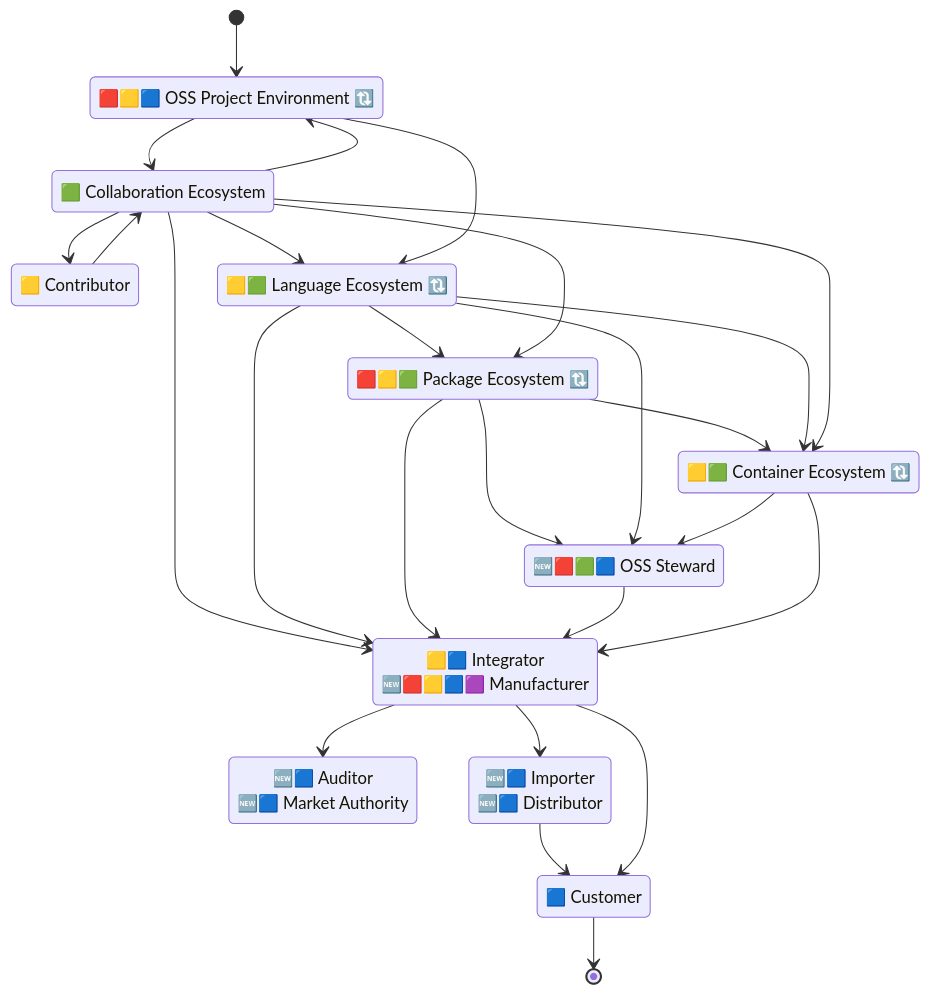
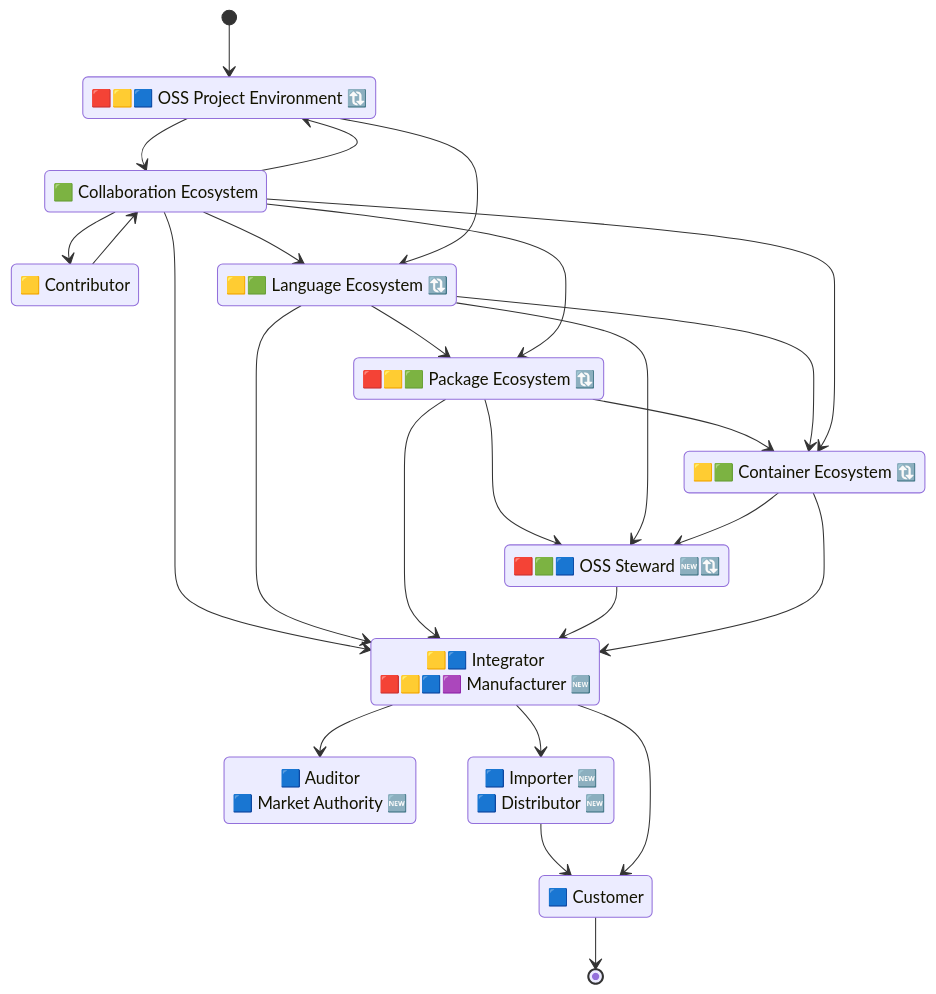
Before and after one commit to CPAN-Security/security.metacpan.org: the second of 5 diagrams in docs/supplychain-sbom.md, drawn with Mermaid. The commit also changed other lines of this file, not shown here.

````diff
--- a/docs/supplychain-sbom.md
+++ b/docs/supplychain-sbom.md
@@ -133,45 +143,45 @@
 ```mermaid
 stateDiagram-v2
     direction TB
 
     state "🟥&zwj;🟨&zwj;🟦&nbsp;OSS&nbsp;Project&nbsp;Environment&nbsp;🔃" as environment_project
     state "🟨 Contributor" as environment_contributor
     state "🟩&nbsp;Collaboration&nbsp;Ecosystem" as ecosystem_forge
     state "🟨&zwj;🟩&nbsp;Language&nbsp;Ecosystem&nbsp;🔃" as ecosystem_lang
     state "🟥&zwj;🟨&zwj;🟩&nbsp;Package&nbsp;Ecosystem&nbsp;🔃" as ecosystem_package
     state "🟨&zwj;🟩&nbsp;Container&nbsp;Ecosystem&nbsp;🔃" as ecosystem_container
-    state "🆕🟥🟩🟦 OSS Steward" as ecosystem_steward
-    state "🟨🟦 Integrator<br>🆕&zwj;🟥&zwj;🟨&zwj;🟦&zwj;🟪&nbsp;Manufacturer" as environment_integrator
-    state "🆕🟦 Auditor<br>🆕🟦 Market Authority" as authority_auditor
-    state "🆕🟦 Importer<br>🆕🟦 Distributor" as environment_market
+    state "🟥🟩🟦 OSS Steward 🆕🔃" as ecosystem_steward
+    state "🟨🟦 Integrator<br>🟥&zwj;🟨&zwj;🟦&zwj;🟪&nbsp;Manufacturer&nbsp;🆕" as environment_integrator
+    state "🟦 Auditor<br>🟦 Market Authority 🆕" as authority_auditor
+    state "🟦 Importer 🆕<br>🟦 Distributor 🆕" as environment_market
     state "🟦 Customer" as environment_customer
 
     [*]                      --> environment_project
     ecosystem_forge          --> environment_project
     ecosystem_forge          --> environment_contributor
     ecosystem_forge          --> ecosystem_lang
     environment_project      --> ecosystem_forge
     environment_project      --> ecosystem_lang
     environment_contributor  --> ecosystem_forge
     ecosystem_lang           --> ecosystem_package
     ecosystem_forge          --> ecosystem_package
     ecosystem_package        --> ecosystem_container
     ecosystem_forge          --> environment_integrator
     ecosystem_lang           --> environment_integrator
     ecosystem_lang           --> ecosystem_container
     ecosystem_forge          --> ecosystem_container
     ecosystem_package        --> environment_integrator
     ecosystem_package        --> ecosystem_steward
     ecosystem_lang           --> ecosystem_steward
     ecosystem_container      --> ecosystem_steward
     ecosystem_steward        --> environment_integrator
     ecosystem_container      --> environment_integrator
     environment_integrator   --> authority_auditor
     environment_integrator   --> environment_market
     environment_market       --> environment_customer
     environment_integrator   --> environment_customer
     environment_customer     --> [*]
 
     %% Copyright © 2025 Salve J. Nilsen <sjn@oslo.pm>
     %% Some rights reserved. Licensed CC-BY-SA-4.0
 ```
````
